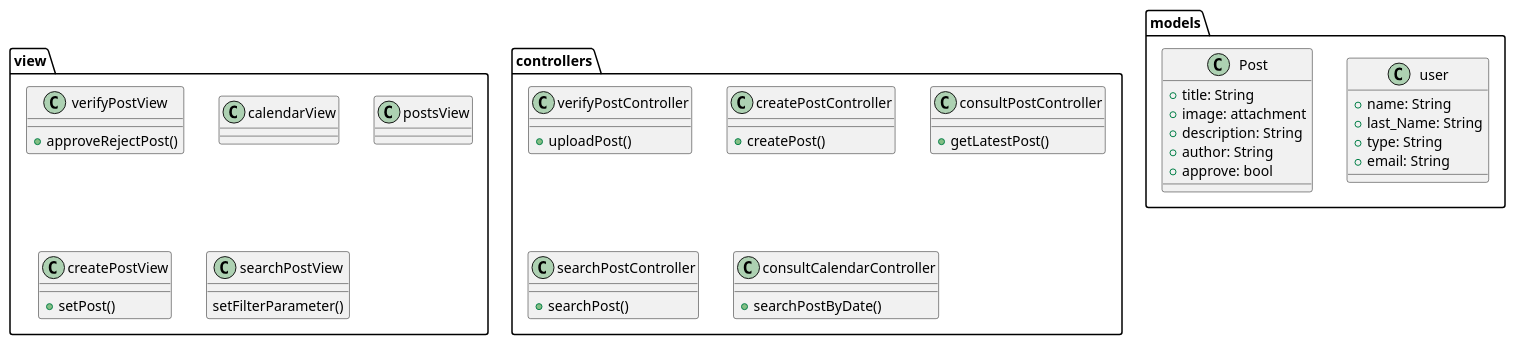
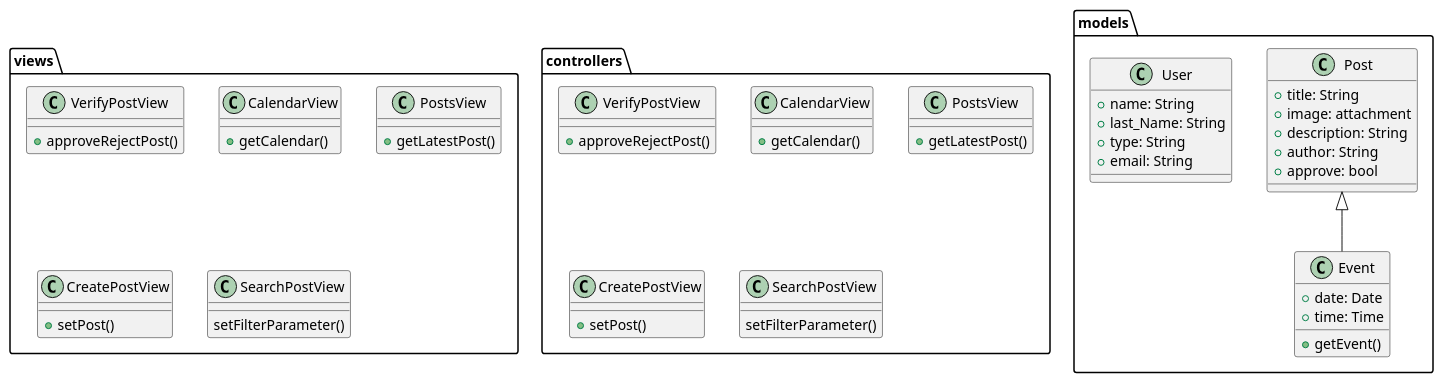
Before and after one commit to Dayannis-07/ING_SOFT: the diagram in docs/scenariosView/packageDiagramDescreption.plantuml, drawn with PlantUML. The commit also changed 3 other files, not shown here.

Commit message:
Corrections Analysis Class Diagram

```diff
--- a/docs/scenariosView/packageDiagramDescreption.plantuml
+++ b/docs/scenariosView/packageDiagramDescreption.plantuml
@@ -1,59 +1,68 @@
 @startuml packageDiagramDescription
 
 allowmixing
 
-package view <<Folder>> {
-    class verifyPostView{
+package views <<Folder>> {
+    class VerifyPostView{
 +approveRejectPost()
 }
-class calendarView{
+class CalendarView{
+  +getCalendar()
 }
-class postsView{
-  
+class PostsView{
+  +getLatestPost()
 }
-class createPostView{
+class CreatePostView{
  +setPost()
 }
-class searchPostView{
+class SearchPostView{
   setFilterParameter()
 }
 }
    
 
 package controllers <<Folder>> {
- class verifyPostController{
-+uploadPost()
+class VerifyPostView{
++approveRejectPost()
 }
-class createPostController{
-  +createPost()
+class CalendarView{
+  +getCalendar()
 }
-class consultPostController{
-+ getLatestPost()
+class PostsView{
+  +getLatestPost()
 }
-class searchPostController{
-+searchPost()
+class CreatePostView{
+ +setPost()
 }
-class consultCalendarController{
-  +searchPostByDate()
+class SearchPostView{
+  setFilterParameter()
 }
 }
 
 package models <<Folder>> {
-    class user{
-        +name: String
-        +last_Name: String
-        +type: String
-        +email: String
-    }
+
     class Post{
         +title: String
         +image: attachment
         +description: String
         +author: String
         +approve: bool
     
 }
+class Event{
+  +date: Date 
+  +time: Time
+  +getEvent()
+}
+Post<|--Event
+
+class User{
+ +name: String
+    +last_Name: String
+    +type: String
+    +email: String
+}
 }
 
 
 @enduml
```
